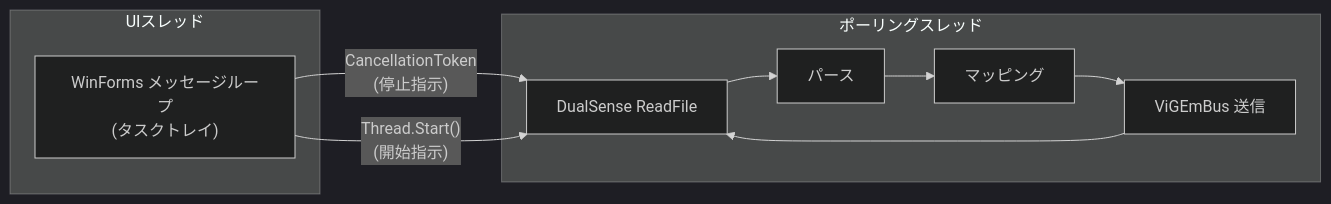
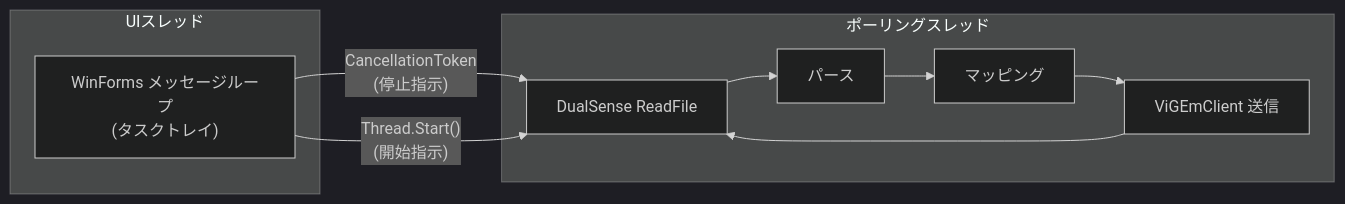
Before and after one commit to jtkjp06/ds4xbox: the third of 4 diagrams in docs/IMPLEMENTATION.md, drawn with Mermaid (dark theme). The commit also changed other lines of this file and 10 other files, not shown here.

````diff
--- a/docs/IMPLEMENTATION.md
+++ b/docs/IMPLEMENTATION.md
@@ -350,14 +387,14 @@
 ```mermaid
 graph LR
     subgraph "UIスレッド"
         A["WinForms メッセージループ<br/>(タスクトレイ)"]
     end
     subgraph "ポーリングスレッド"
         B["DualSense ReadFile"] --> C["パース"]
         C --> D["マッピング"]
-        D --> E["ViGEmBus 送信"]
+        D --> E["ViGEmClient 送信"]
         E --> B
     end
     A -->|"CancellationToken<br/>(停止指示)"| B
     A -->|"Thread.Start()<br/>(開始指示)"| B
 ```
````
